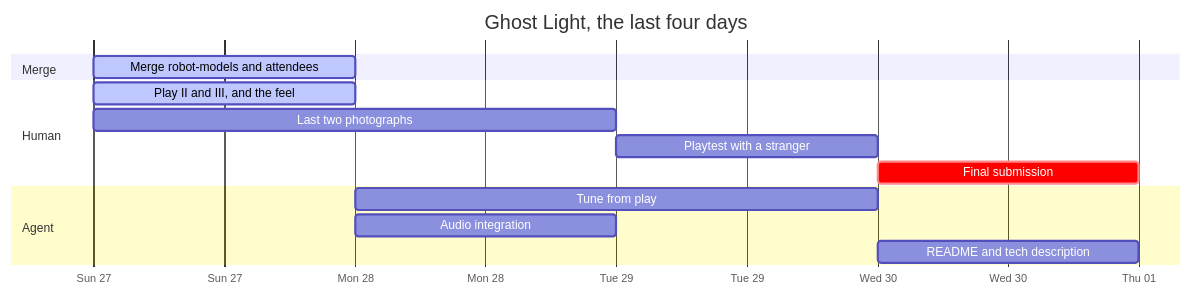
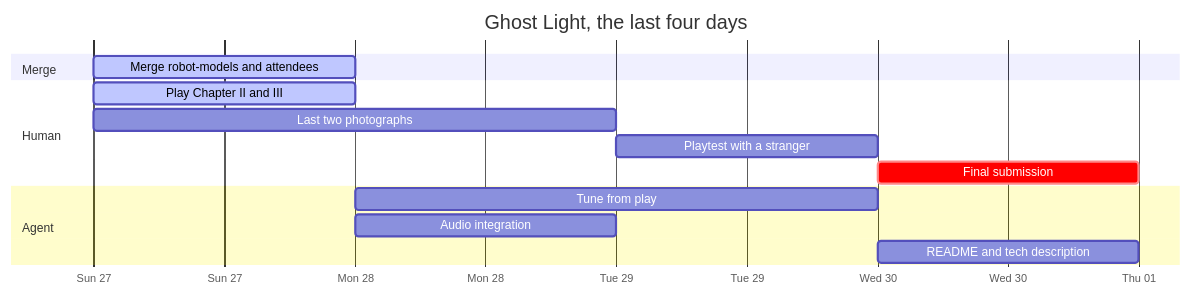
One commit to LoMagnette/ghost-light changed the second of 2 diagrams in STATUS.md. Above: the diagram before and after it, drawn with Mermaid. The commit also changed other lines of this file, not shown here.

First line of the commit message:
docs(status): the robots' feel and both wormholes signed off

````diff
--- a/STATUS.md
+++ b/STATUS.md
@@ -151,17 +151,17 @@
 ```mermaid
 gantt
     title Ghost Light, the last four days
     dateFormat YYYY-MM-DD
     axisFormat %a %d
     section Merge
     Merge robot-models and attendees  :active, m1, 2026-09-27, 1d
     section Human
-    Play II and III, and the feel     :active, h1, 2026-09-27, 1d
+    Play Chapter II and III           :active, h1, 2026-09-27, 1d
     Last two photographs              :h2, 2026-09-27, 2d
     Playtest with a stranger          :t1, 2026-09-29, 1d
     Final submission                  :crit, s2, 2026-09-30, 1d
     section Agent
     Tune from play                    :g1, after h1, 2d
     Audio integration                 :g2, 2026-09-28, 1d
     README and tech description       :g3, 2026-09-30, 1d
 ```
````
